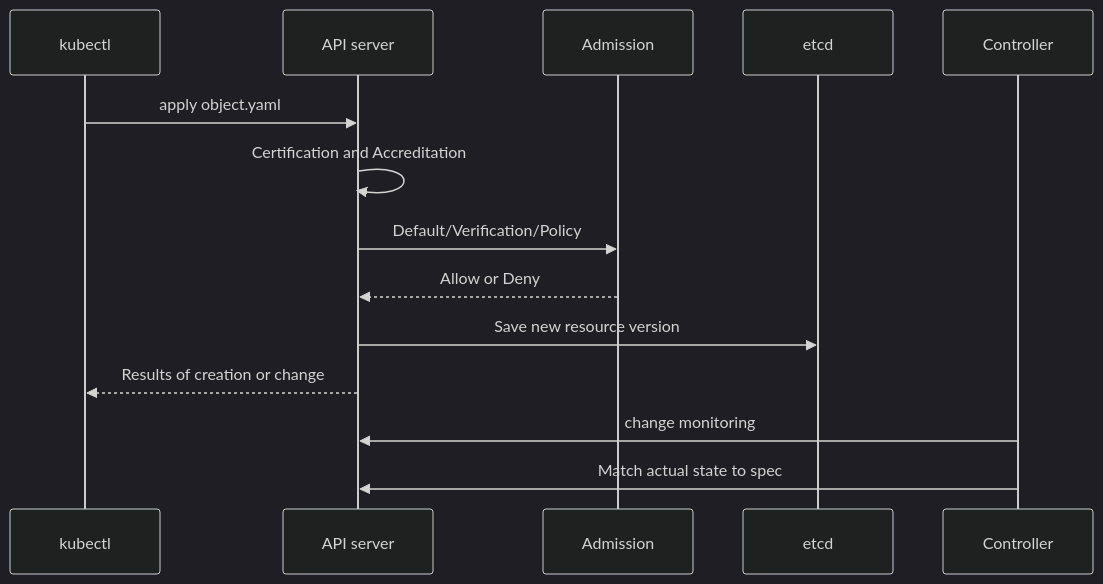
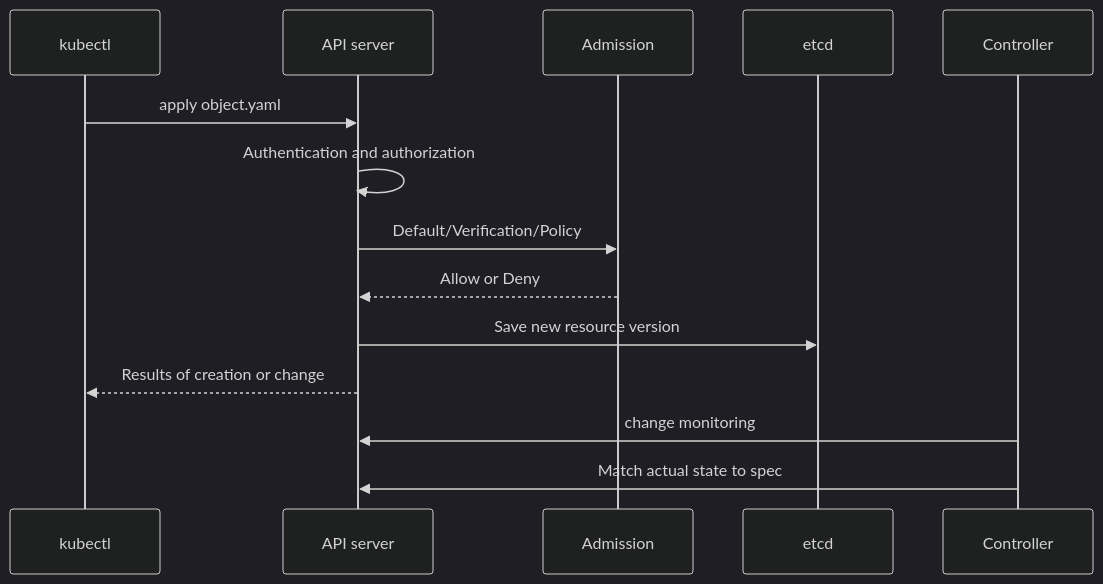
One commit to nohdol97/nohdol-study changed the fourth of 4 diagrams in docs-site/content/kubernetes/02-api-and-objects.md. Above: the diagram before and after it, drawn with Mermaid (dark theme). The commit also changed other lines of this file and 88 other files, not shown here.

````diff
--- a/docs-site/content/kubernetes/02-api-and-objects.md
+++ b/docs-site/content/kubernetes/02-api-and-objects.md
@@ -163,16 +163,16 @@
 ```mermaid
 sequenceDiagram
     participant K as kubectl
     participant A as API server
     participant M as Admission
     participant E as etcd
     participant C as Controller
     K->>A: apply object.yaml
-    A->>A: Certification and Accreditation
+    A->>A: Authentication and authorization
     A->>M: Default/Verification/Policy
     M-->>A: Allow or Deny
     A->>E: Save new resource version
     A-->>K: Results of creation or change
     C->>A: change monitoring
     C->>A: Match actual state to spec
 ```
````
